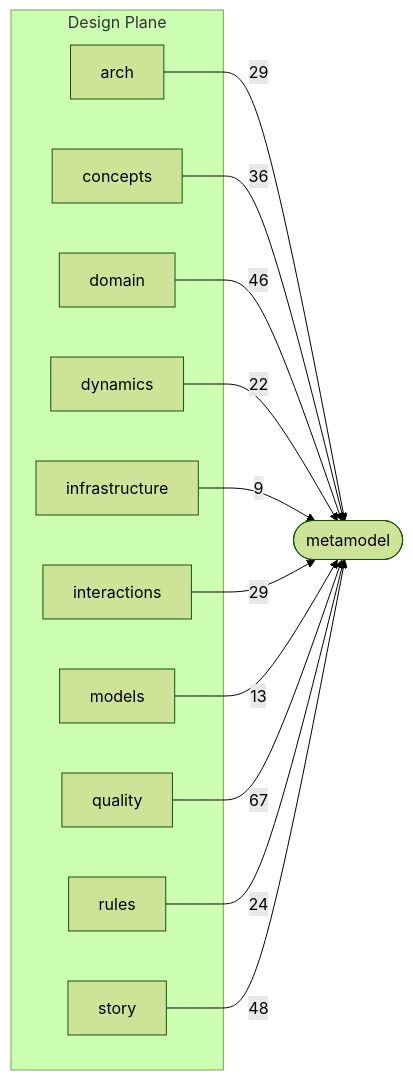
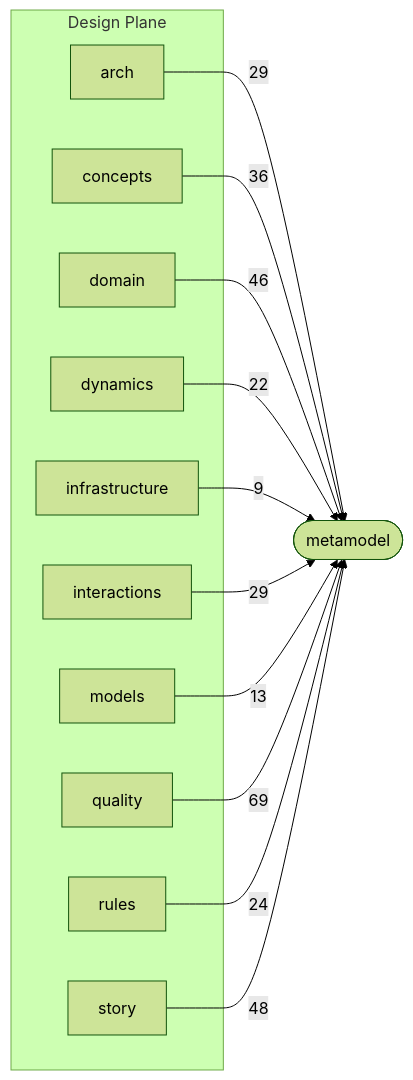
The second of 3 diagrams in docs/schema-atlas/v2.7/layer-map.md (Archally/blueprint-schema), drawn with Mermaid (forest theme) before and after one commit. The commit also changed other lines of this file and 54 other files, not shown here.

````diff
--- a/docs/schema-atlas/v2.7/layer-map.md
+++ b/docs/schema-atlas/v2.7/layer-map.md
@@ -84,26 +86,26 @@
 ```mermaid
 graph LR
     subgraph design_plane["Design Plane"]
         design_arch_schema_yaml["arch"]
         design_concepts_schema_yaml["concepts"]
         design_domain_schema_yaml["domain"]
         design_dynamics_schema_yaml["dynamics"]
         design_infrastructure_schema_yaml["infrastructure"]
         design_interactions_schema_yaml["interactions"]
         design_models_schema_yaml["models"]
         design_quality_schema_yaml["quality"]
         design_rules_schema_yaml["rules"]
         design_story_schema_yaml["story"]
     end
     metamodel_schema_yaml(["metamodel"])
     design_arch_schema_yaml -->|29| metamodel_schema_yaml
     design_concepts_schema_yaml -->|36| metamodel_schema_yaml
     design_domain_schema_yaml -->|46| metamodel_schema_yaml
     design_dynamics_schema_yaml -->|22| metamodel_schema_yaml
     design_infrastructure_schema_yaml -->|9| metamodel_schema_yaml
     design_interactions_schema_yaml -->|29| metamodel_schema_yaml
     design_models_schema_yaml -->|13| metamodel_schema_yaml
-    design_quality_schema_yaml -->|67| metamodel_schema_yaml
+    design_quality_schema_yaml -->|69| metamodel_schema_yaml
     design_rules_schema_yaml -->|24| metamodel_schema_yaml
     design_story_schema_yaml -->|48| metamodel_schema_yaml
 ```
````
